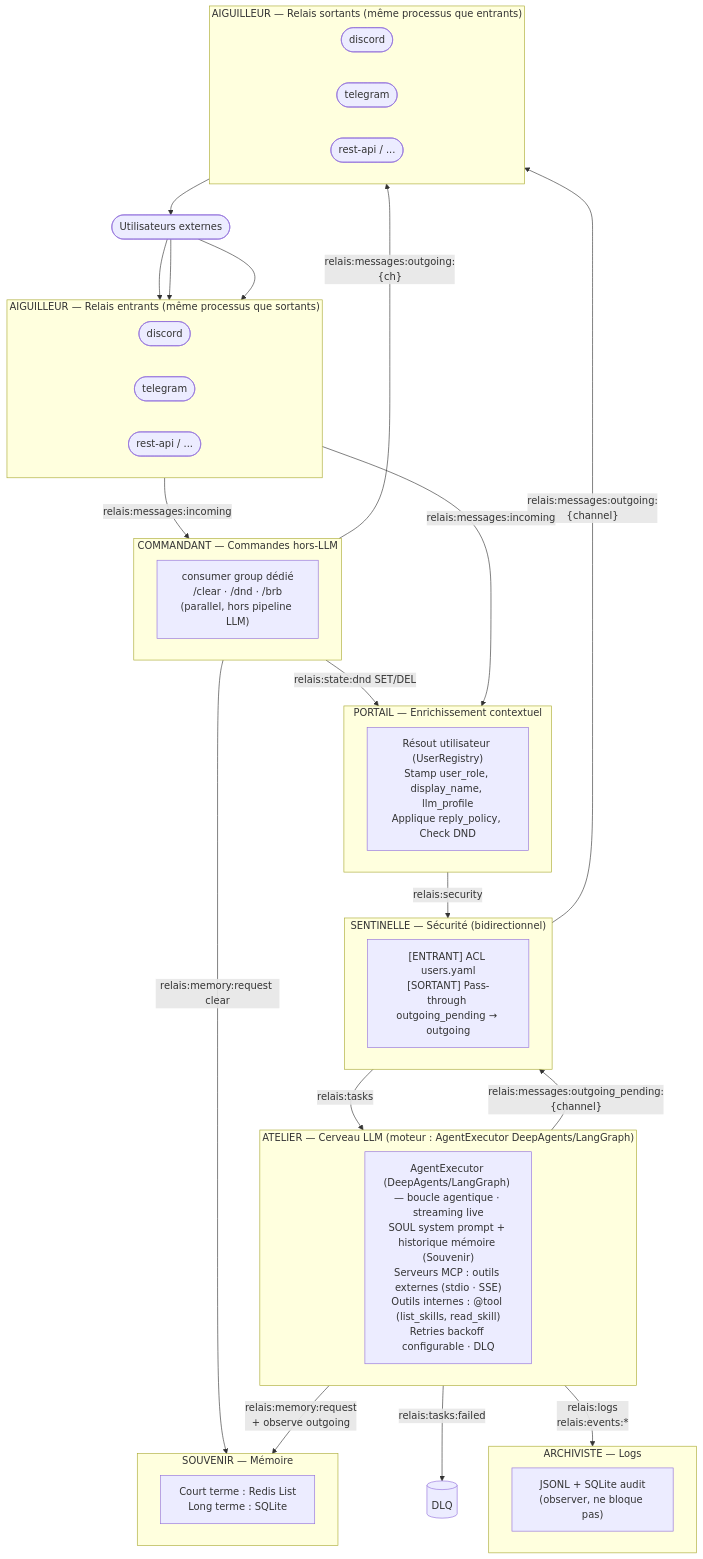
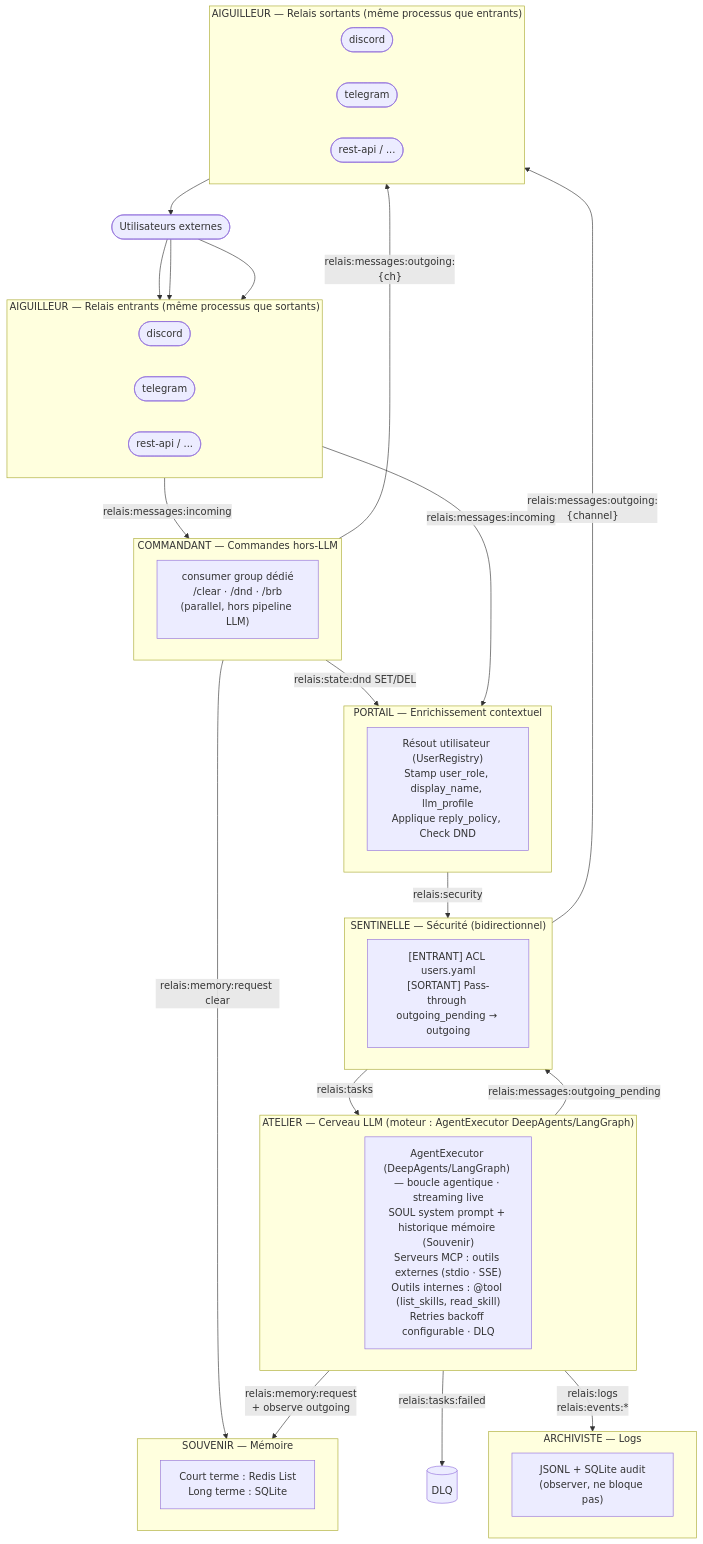
One commit to cyberbobjr/relais changed the diagram in README.md. Above: the diagram before and after it, drawn with Mermaid. The commit also changed other lines of this file and 3 other files, not shown here.

Commit message:
docs: update outgoing_pending stream name — single stream, not per-channel

````diff
--- a/README.md
+++ b/README.md
@@ -91,63 +91,63 @@
 ```mermaid
 flowchart TD
     USERS(["Utilisateurs externes"])
 
     USERS --> D_IN & T_IN & R_IN
 
     subgraph AIG_IN["AIGUILLEUR — Relais entrants (même processus que sortants)"]
         direction LR
         D_IN([discord])
         T_IN([telegram])
         R_IN([rest-api / ...])
     end
 
     AIG_IN -->|"relais:messages:incoming"| PORTAIL
     AIG_IN -->|"relais:messages:incoming"| COMMANDANT
 
     subgraph COMMANDANT["COMMANDANT — Commandes hors-LLM"]
         CM["consumer group dédié\n/clear · /dnd · /brb\n(parallel, hors pipeline LLM)"]
     end
 
     COMMANDANT -->|"relais:state:dnd SET/DEL"| PORTAIL
     COMMANDANT -->|"relais:memory:request clear"| SOUVENIR
     COMMANDANT -->|"relais:messages:outgoing:{ch}"| AIG_OUT
 
     subgraph PORTAIL["PORTAIL — Enrichissement contextuel"]
         P["Résout utilisateur (UserRegistry)\nStamp user_role, display_name, llm_profile\nApplique reply_policy, Check DND"]
     end
 
     PORTAIL -->|"relais:security"| SENTINELLE
 
     subgraph SENTINELLE["SENTINELLE — Sécurité (bidirectionnel)"]
         S["[ENTRANT] ACL users.yaml\n[SORTANT] Pass-through outgoing_pending → outgoing"]
     end
 
     SENTINELLE -->|"relais:tasks"| ATELIER
 
     subgraph ATELIER["ATELIER — Cerveau LLM  (moteur : AgentExecutor DeepAgents/LangGraph)"]
         A["AgentExecutor (DeepAgents/LangGraph) — boucle agentique · streaming live\nSOUL system prompt + historique mémoire (Souvenir)\nServeurs MCP : outils externes (stdio · SSE)\nOutils internes : @tool (list_skills, read_skill)\nRetries backoff configurable · DLQ"]
     end
 
-    ATELIER -->|"relais:messages:outgoing_pending:{channel}"| SENTINELLE
+    ATELIER -->|"relais:messages:outgoing_pending"| SENTINELLE
     SENTINELLE -->|"relais:messages:outgoing:{channel}"| AIG_OUT
     ATELIER -->|"relais:memory:request\n+ observe outgoing"| SOUVENIR
     ATELIER -->|"relais:tasks:failed"| DLQ[("DLQ")]
     ATELIER -->|"relais:logs\nrelais:events:*"| ARCHIVISTE
 
     subgraph AIG_OUT["AIGUILLEUR — Relais sortants (même processus que entrants)"]
         direction LR
         D_OUT([discord])
         T_OUT([telegram])
         R_OUT([rest-api / ...])
     end
 
     subgraph SOUVENIR["SOUVENIR — Mémoire"]
         SV["Court terme : Redis List\nLong terme : SQLite"]
     end
 
     subgraph ARCHIVISTE["ARCHIVISTE — Logs"]
         AR["JSONL + SQLite audit\n(observer, ne bloque pas)"]
     end
 
     AIG_OUT --> USERS
 ```
````
